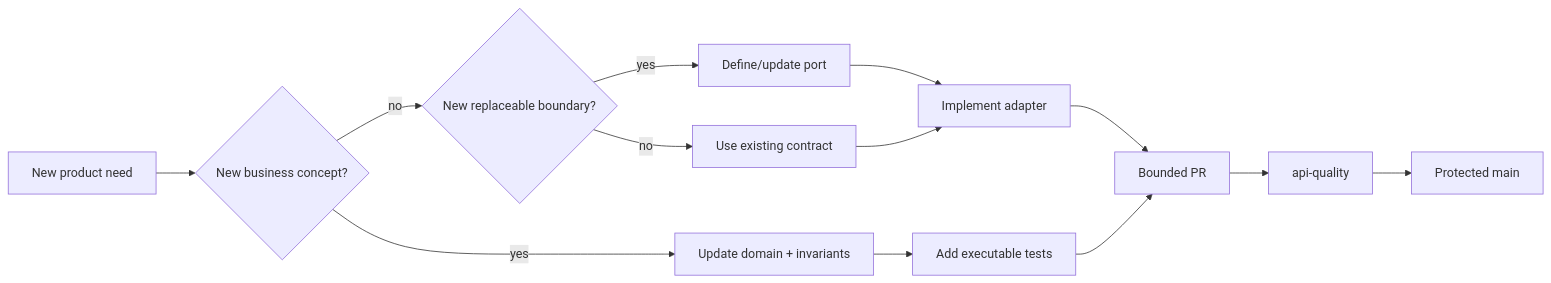
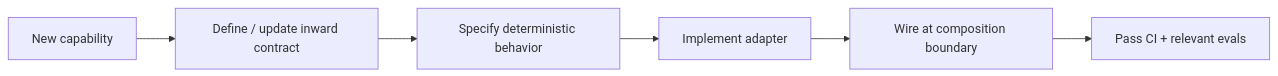
The fifth of 5 diagrams in docs/architecture/ARCHITECTURE_OVERVIEW.md (kumarchandansingh/tropos), drawn with Mermaid before and after one commit. The commit also changed other lines of this file and 11 other files, not shown here.

````diff
--- a/docs/architecture/ARCHITECTURE_OVERVIEW.md
+++ b/docs/architecture/ARCHITECTURE_OVERVIEW.md
@@ -176,16 +135,8 @@
 ```mermaid
 flowchart LR
-    Problem[New product need]
-    --> Concept{New business concept?}
-    Concept -- yes --> Domain[Update domain + invariants]
-    Concept -- no --> Contract{New replaceable boundary?}
-    Contract -- yes --> Port[Define/update port]
-    Contract -- no --> Existing[Use existing contract]
-    Domain --> Tests[Add executable tests]
-    Port --> Adapter[Implement adapter]
-    Existing --> Adapter
-    Adapter --> PR[Bounded PR]
-    Tests --> PR
-    PR --> CI[api-quality]
-    CI --> Main[Protected main]
+    Need[New capability] --> Contract[Define / update inward contract]
+    Contract --> Tests[Specify deterministic behavior]
+    Tests --> Adapter[Implement adapter]
+    Adapter --> Integrate[Wire at composition boundary]
+    Integrate --> CI[Pass CI + relevant evals]
 ```
````
